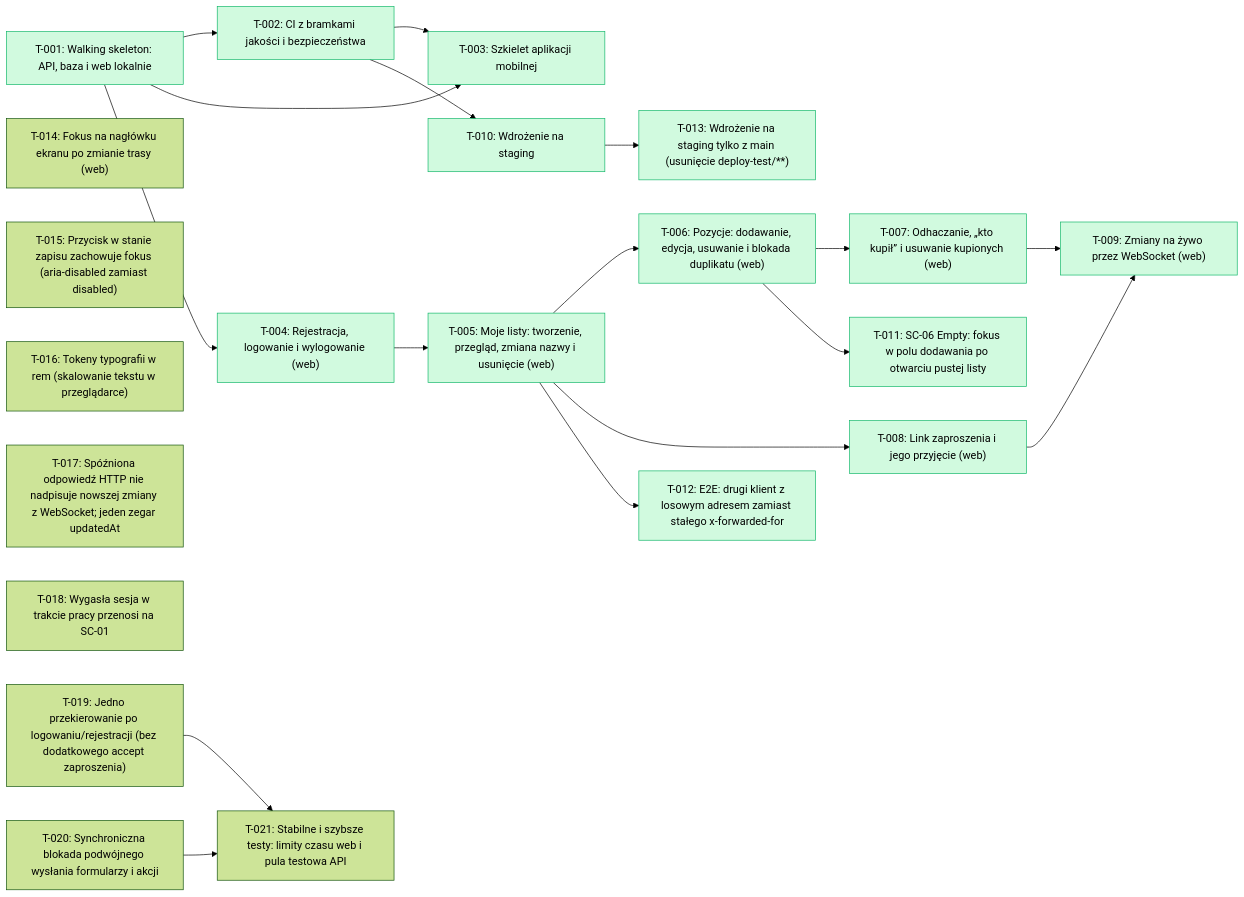
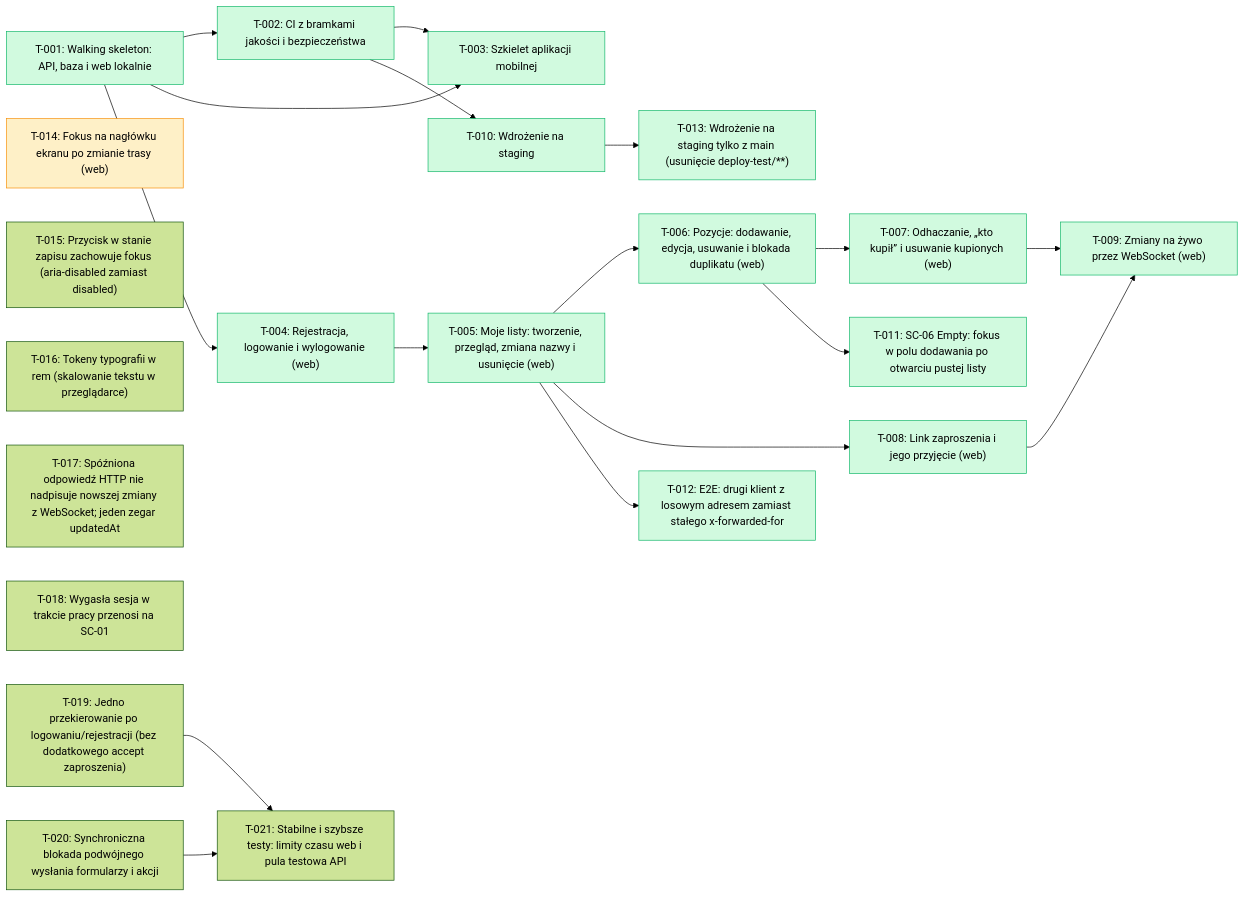
Before and after one commit to tombraz/lista-zakupow: the diagram in docs/backlog/index.md, drawn with Mermaid (forest theme). The commit also changed other lines of this file and 1 other file, not shown here.

````diff
--- a/docs/backlog/index.md
+++ b/docs/backlog/index.md
@@ -23,44 +22,44 @@
 ```mermaid
 flowchart LR
   T_001["T-001: Walking skeleton: API, baza i web lokalnie"]:::done
   T_002["T-002: CI z bramkami jakości i bezpieczeństwa"]:::done
   T_003["T-003: Szkielet aplikacji mobilnej"]:::done
   T_004["T-004: Rejestracja, logowanie i wylogowanie (web)"]:::done
   T_005["T-005: Moje listy: tworzenie, przegląd, zmiana nazwy i usunięcie (web)"]:::done
   T_006["T-006: Pozycje: dodawanie, edycja, usuwanie i blokada duplikatu (web)"]:::done
   T_007["T-007: Odhaczanie, „kto kupił” i usuwanie kupionych (web)"]:::done
   T_008["T-008: Link zaproszenia i jego przyjęcie (web)"]:::done
   T_009["T-009: Zmiany na żywo przez WebSocket (web)"]:::done
   T_010["T-010: Wdrożenie na staging"]:::done
   T_011["T-011: SC-06 Empty: fokus w polu dodawania po otwarciu pustej listy"]:::done
   T_012["T-012: E2E: drugi klient z losowym adresem zamiast stałego x-forwarded-for"]:::done
   T_013["T-013: Wdrożenie na staging tylko z main (usunięcie deploy-test/**)"]:::done
-  T_014["T-014: Fokus na nagłówku ekranu po zmianie trasy (web)"]
+  T_014["T-014: Fokus na nagłówku ekranu po zmianie trasy (web)"]:::wip
   T_015["T-015: Przycisk w stanie zapisu zachowuje fokus (aria-disabled zamiast disabled)"]
   T_016["T-016: Tokeny typografii w rem (skalowanie tekstu w przeglądarce)"]
   T_017["T-017: Spóźniona odpowiedź HTTP nie nadpisuje nowszej zmiany z WebSocket; jeden zegar updatedAt"]
   T_018["T-018: Wygasła sesja w trakcie pracy przenosi na SC-01"]
   T_019["T-019: Jedno przekierowanie po logowaniu/rejestracji (bez dodatkowego accept zaproszenia)"]
   T_020["T-020: Synchroniczna blokada podwójnego wysłania formularzy i akcji"]
   T_021["T-021: Stabilne i szybsze testy: limity czasu web i pula testowa API"]
   T_001 --> T_002
   T_001 --> T_003
   T_002 --> T_003
   T_001 --> T_004
   T_004 --> T_005
   T_005 --> T_006
   T_006 --> T_007
   T_005 --> T_008
   T_007 --> T_009
   T_008 --> T_009
   T_002 --> T_010
   T_006 --> T_011
   T_005 --> T_012
   T_010 --> T_013
   T_019 --> T_021
   T_020 --> T_021
   classDef done fill:#d1fadf,stroke:#12b76a
   classDef wip fill:#fef0c7,stroke:#f79009
   classDef qa fill:#e0eaff,stroke:#2970ff
   classDef blocked fill:#fee4e2,stroke:#f04438
 ```
````
